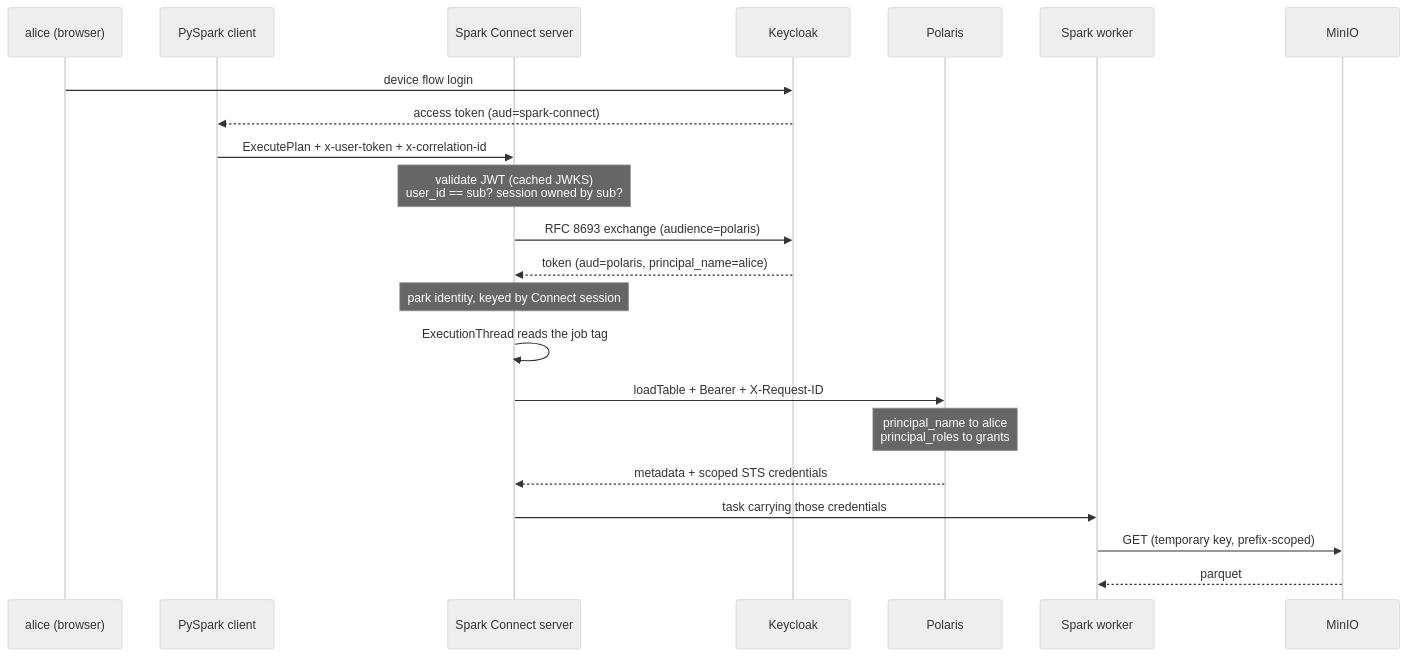
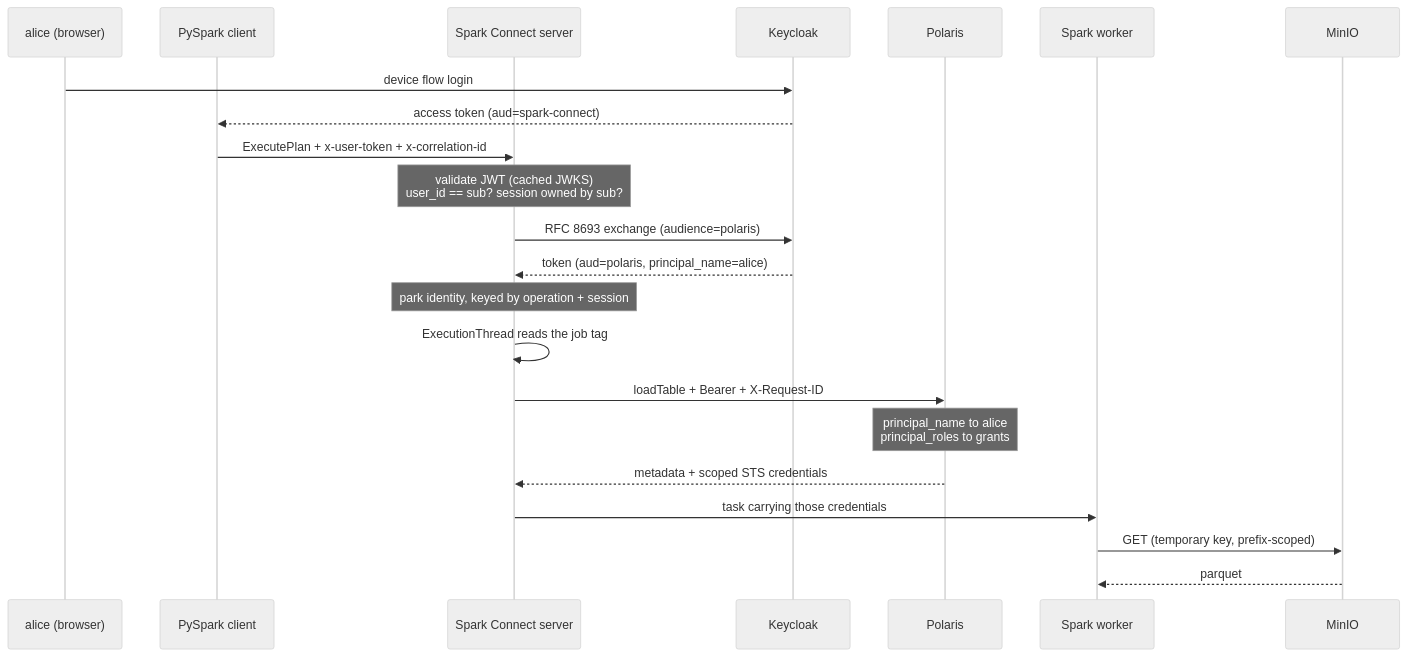
The diagram in README.md (larsw/spark-connect-auth-context-propagation), drawn with Mermaid (neutral theme) before and after one commit. The commit also changed other lines of this file and 11 other files, not shown here.

````diff
--- a/README.md
+++ b/README.md
@@ -58,25 +58,25 @@
 ```mermaid
 sequenceDiagram
     participant U as alice (browser)
     participant C as PySpark client
     participant S as Spark Connect server
     participant K as Keycloak
     participant P as Polaris
     participant W as Spark worker
     participant M as MinIO
 
     U->>K: device flow login
     K-->>C: access token (aud=spark-connect)
     C->>S: ExecutePlan + x-user-token + x-correlation-id
     Note over S: validate JWT (cached JWKS)<br/>user_id == sub? session owned by sub?
     S->>K: RFC 8693 exchange (audience=polaris)
     K-->>S: token (aud=polaris, principal_name=alice)
-    Note over S: park identity, keyed by Connect session
+    Note over S: park identity, keyed by operation + session
     S->>S: ExecutionThread reads the job tag
     S->>P: loadTable + Bearer + X-Request-ID
     Note over P: principal_name to alice<br/>principal_roles to grants
     P-->>S: metadata + scoped STS credentials
     S->>W: task carrying those credentials
     W->>M: GET (temporary key, prefix-scoped)
     M-->>W: parquet
 ```
````
